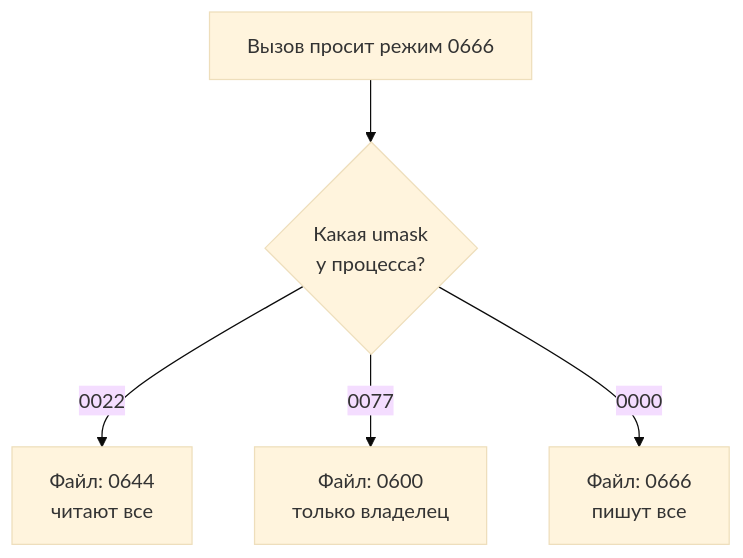
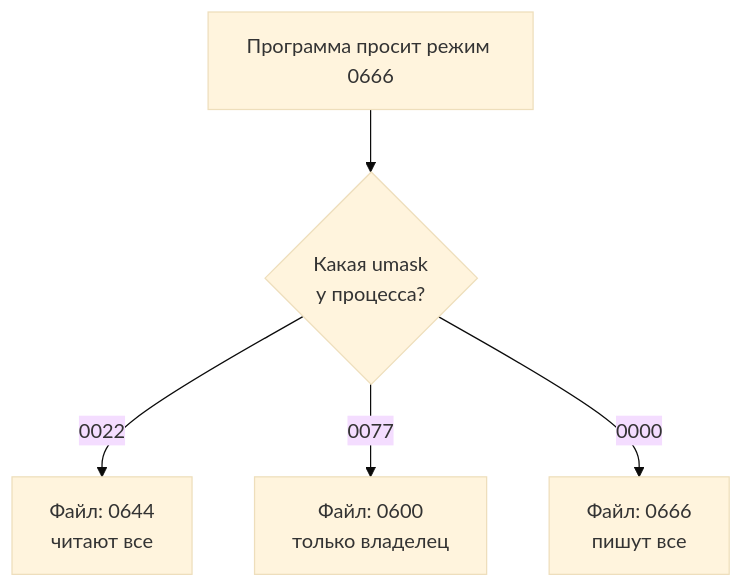
One commit to not-obfuscation/AppSec-guidebook changed the diagram in content/stage-4/linux-file-permissions.md. Above: the diagram before and after it, drawn with Mermaid (base theme). The commit also changed other lines of this file and 214 other files, not shown here.

````diff
--- a/content/stage-4/linux-file-permissions.md
+++ b/content/stage-4/linux-file-permissions.md
@@ -197,7 +237,7 @@
 ```mermaid
-flowchart TD
-    A[Вызов просит режим 0666] --> B{Какая umask<br/>у процесса?}
+flowchart TB
+    A[Программа просит режим 0666] --> B{Какая umask<br/>у процесса?}
     B -- 0022 --> C[Файл: 0644<br/>читают все]
     B -- 0077 --> D[Файл: 0600<br/>только владелец]
     B -- 0000 --> E[Файл: 0666<br/>пишут все]
 ```
````
